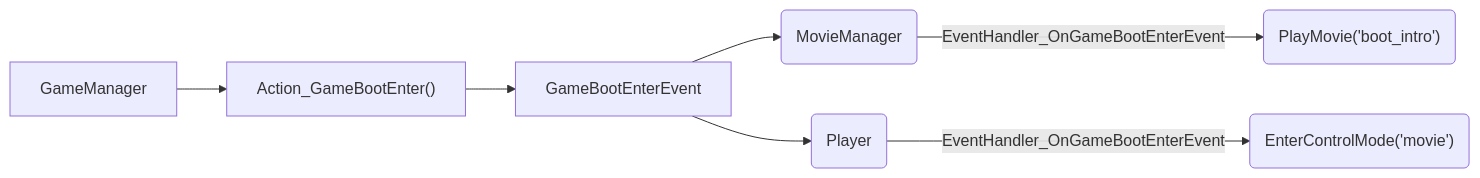
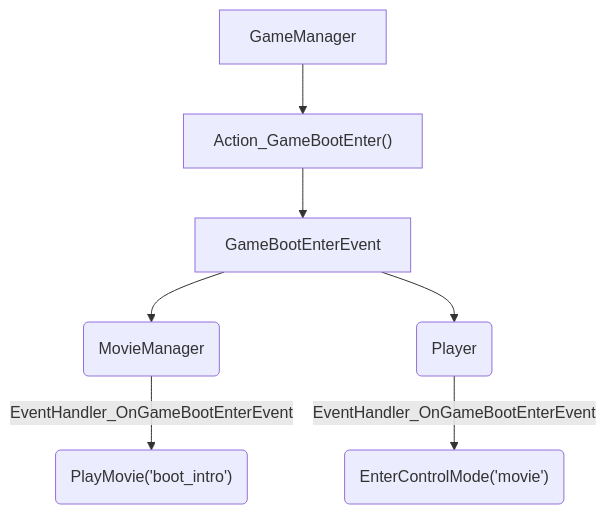
Before and after one commit to gsg-jay/GamePatterns: the first of 7 diagrams in EventFlow.md, drawn with Mermaid. The commit also changed other lines of this file, not shown here.

````diff
--- a/EventFlow.md
+++ b/EventFlow.md
@@ -2,8 +2,8 @@
 ```mermaid
-flowchart LR;
+flowchart TD;
 gm["GameManager"]
 gm-->gs["Action_GameBootEnter()"]
 gs-->e["GameBootEnterEvent"]
 e-->mvm("MovieManager")-->|EventHandler_OnGameBootEnterEvent|mvmeh("PlayMovie('boot_intro')")
 e-->p("Player")-->|EventHandler_OnGameBootEnterEvent|peh("EnterControlMode('movie')")
 ```
````
